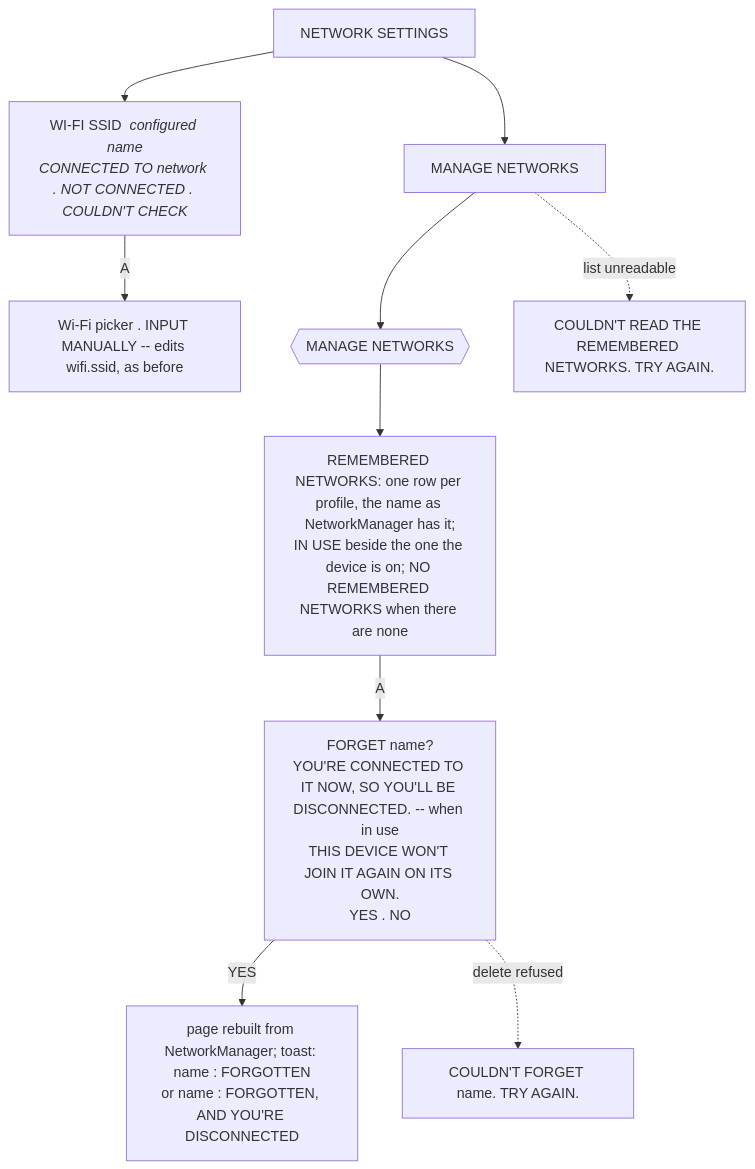
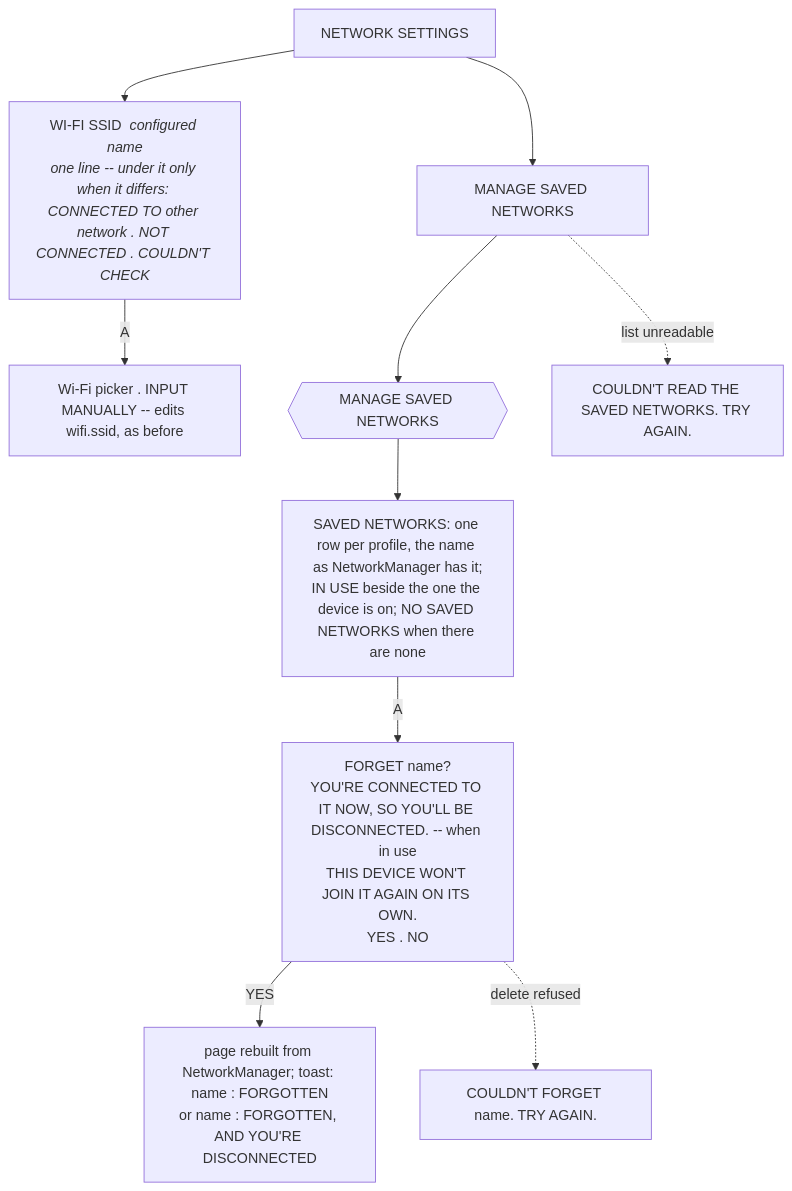
The third of 4 diagrams in docs/es-menu-map.md (maxengel/rocknix), drawn with Mermaid before and after one commit. The commit also changed other lines of this file and 2 other files, not shown here.

First line of the commit message:
docs: RC-12 build 1 -- the WI-FI SSID line only when it differs, MANAGE SAVED NETWORKS (D-UI-061/062); menu map; work log 18:55

````diff
--- a/docs/es-menu-map.md
+++ b/docs/es-menu-map.md
@@ -174,12 +175,12 @@
 ```mermaid
 flowchart TD
-    NET[NETWORK SETTINGS] --> SSID[WI-FI SSID  <i>configured name</i><br/><i>CONNECTED TO network . NOT CONNECTED . COULDN'T CHECK</i>]
+    NET[NETWORK SETTINGS] --> SSID[WI-FI SSID  <i>configured name</i><br/><i>one line -- under it only when it differs: CONNECTED TO other network . NOT CONNECTED . COULDN'T CHECK</i>]
     SSID -->|A| PICK[Wi-Fi picker . INPUT MANUALLY -- edits wifi.ssid, as before]
-    NET --> MN[MANAGE NETWORKS]
-    MN --> PAGE{{MANAGE NETWORKS}}
-    PAGE --> ROWS[REMEMBERED NETWORKS: one row per profile, the name as NetworkManager has it;<br/>IN USE beside the one the device is on; NO REMEMBERED NETWORKS when there are none]
+    NET --> MN[MANAGE SAVED NETWORKS]
+    MN --> PAGE{{MANAGE SAVED NETWORKS}}
+    PAGE --> ROWS[SAVED NETWORKS: one row per profile, the name as NetworkManager has it;<br/>IN USE beside the one the device is on; NO SAVED NETWORKS when there are none]
     ROWS -->|A| ASK[FORGET name?<br/>YOU'RE CONNECTED TO IT NOW, SO YOU'LL BE DISCONNECTED. -- when in use<br/>THIS DEVICE WON'T JOIN IT AGAIN ON ITS OWN.<br/>YES . NO]
     ASK -->|YES| DONE[page rebuilt from NetworkManager; toast: name : FORGOTTEN<br/>or name : FORGOTTEN, AND YOU'RE DISCONNECTED]
     ASK -.->|delete refused| ERR[COULDN'T FORGET name. TRY AGAIN.]
-    MN -.->|list unreadable| ERR2[COULDN'T READ THE REMEMBERED NETWORKS. TRY AGAIN.]
+    MN -.->|list unreadable| ERR2[COULDN'T READ THE SAVED NETWORKS. TRY AGAIN.]
 ```
````
